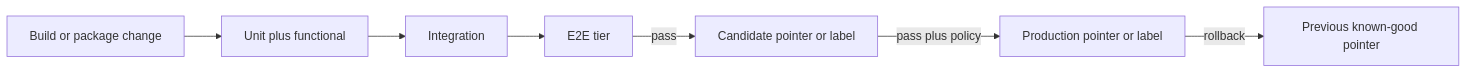
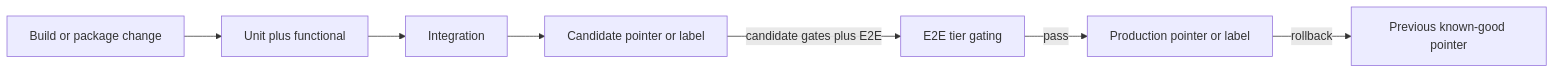
The second of 2 diagrams in docs/architecture/agentic-workflow-testing-platform.md (elastic/oblt-aw), drawn with Mermaid before and after one commit. The commit also changed other lines of this file and 2 other files, not shown here.

````diff
--- a/docs/architecture/agentic-workflow-testing-platform.md
+++ b/docs/architecture/agentic-workflow-testing-platform.md
@@ -129,13 +136,13 @@
 ```mermaid
 flowchart LR
   Build[Build or package change]
   L1[Unit plus functional]
   L2[Integration]
-  L3[E2E tier]
   Cand[Candidate pointer or label]
+  L3[E2E tier gating]
   Prod[Production pointer or label]
-  Build --> L1 --> L2 --> L3
-  L3 -->|pass| Cand
-  Cand -->|pass plus policy| Prod
+  Build --> L1 --> L2 --> Cand
+  Cand -->|candidate gates plus E2E| L3
+  L3 -->|pass| Prod
   Prod -->|rollback| Prev[Previous known-good pointer]
 ```
````
